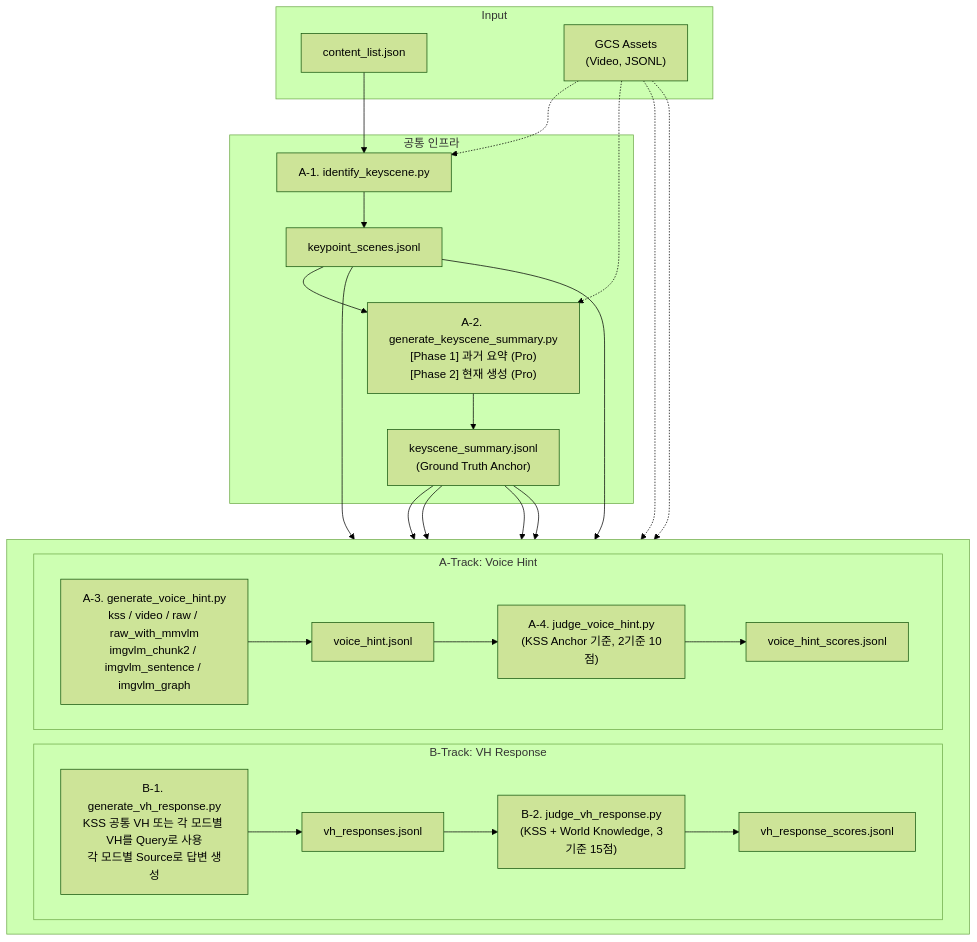
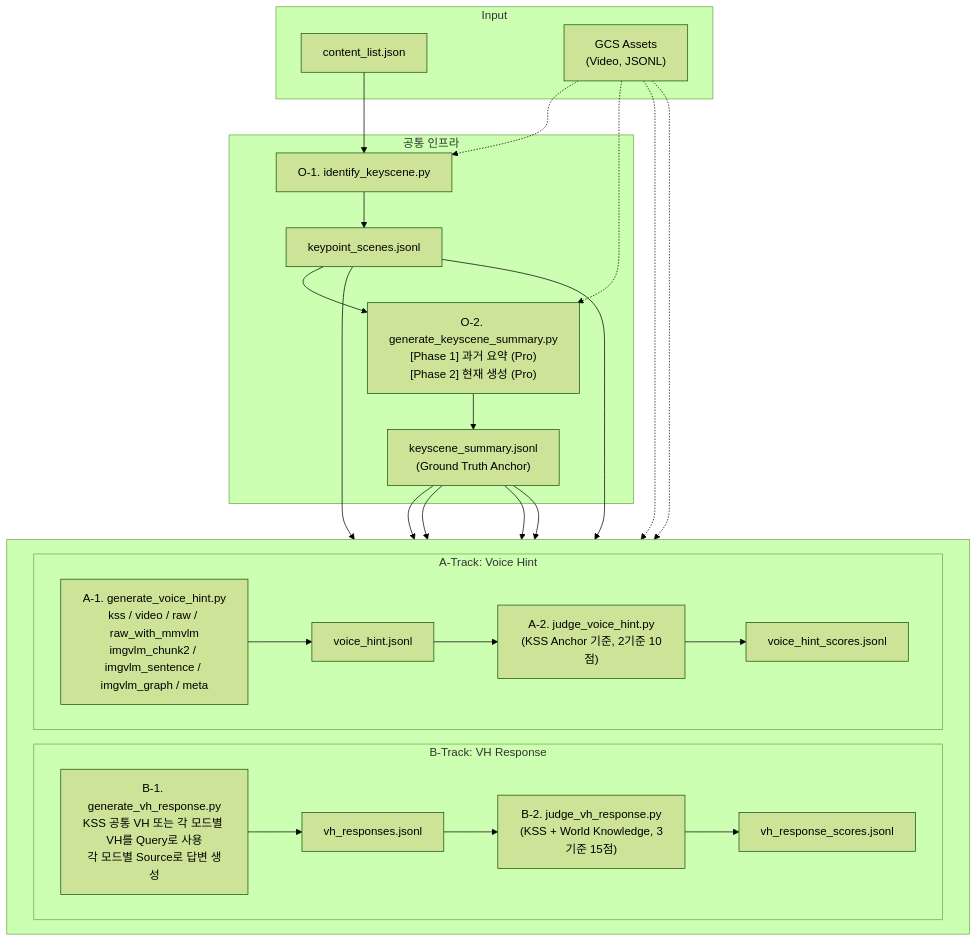
Before and after one commit to obeychoi0120/LLMJudge: the diagram in README.md, drawn with Mermaid (forest theme). The commit also changed other lines of this file and 10 other files, not shown here.

````diff
--- a/README.md
+++ b/README.md
@@ -65,53 +66,53 @@
 ```mermaid
 flowchart TD
     subgraph INPUT["Input"]
         CL["content_list.json"]
         GCS["GCS Assets\n(Video, JSONL)"]
     end
 
     subgraph INFRA["공통 인프라"]
-        A1["A-1. identify_keyscene.py"]
+        A1["O-1. identify_keyscene.py"]
         KP["keypoint_scenes.jsonl"]
-        A2["A-2. generate_keyscene_summary.py\n[Phase 1] 과거 요약 (Pro)\n[Phase 2] 현재 생성 (Pro)"]
+        A2["O-2. generate_keyscene_summary.py\n[Phase 1] 과거 요약 (Pro)\n[Phase 2] 현재 생성 (Pro)"]
         KSS["keyscene_summary.jsonl\n(Ground Truth Anchor)"]
     end
 
     subgraph TRACKS[" "]
         direction LR
         subgraph BTRACK["B-Track: VH Response"]
             B1["B-1. generate_vh_response.py\nKSS 공통 VH 또는 각 모드별 VH를 Query로 사용\n각 모드별 Source로 답변 생성"]
             VHR["vh_responses.jsonl"]
             B2["B-2. judge_vh_response.py\n(KSS + World Knowledge, 3기준 15점)"]
             VHRS["vh_response_scores.jsonl"]
         end
         subgraph ATRACK["A-Track: Voice Hint"]
-            A3["A-3. generate_voice_hint.py\nkss / video / raw / raw_with_mmvlm\nimgvlm_chunk2 / imgvlm_sentence / imgvlm_graph"]
+            A3["A-1. generate_voice_hint.py\nkss / video / raw / raw_with_mmvlm\nimgvlm_chunk2 / imgvlm_sentence / imgvlm_graph / meta"]
             VH["voice_hint.jsonl"]
-            A4["A-4. judge_voice_hint.py\n(KSS Anchor 기준, 2기준 10점)"]
+            A4["A-2. judge_voice_hint.py\n(KSS Anchor 기준, 2기준 10점)"]
             VHS["voice_hint_scores.jsonl"]
         end
     end
 
     CL --> A1
     GCS -.-> A1
     A1 --> KP
     KP --> A2
     GCS -.-> A2
     A2 --> KSS
 
     KSS --> A3
     KP --> A3
     GCS -.-> A3
     A3 --> VH
     VH --> A4
     KSS --> A4
     A4 --> VHS
 
     KSS --> B1
     KP --> B1
     GCS -.-> B1
     B1 --> VHR
     VHR --> B2
     KSS --> B2
     B2 --> VHRS
 ```
````
